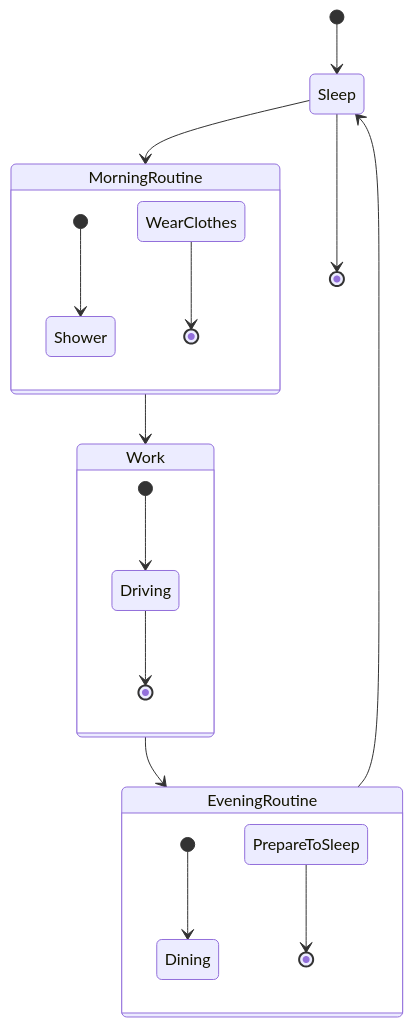
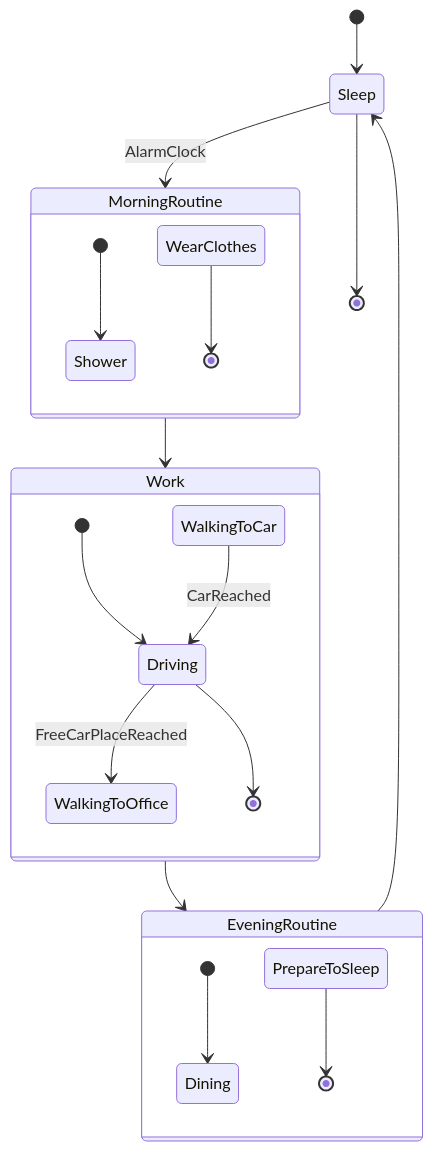
One commit to tsobako/elixir_courses changed the diagram in docs/task03.md. Above: the diagram before and after it, drawn with Mermaid.

Commit message:
Test of transitions

````diff
--- a/docs/task03.md
+++ b/docs/task03.md
@@ -3,26 +3,27 @@
 ```mermaid
 stateDiagram
     [*] --> Sleep
-    Sleep --> MorningRoutine
+    Sleep --> MorningRoutine : AlarmClock
     MorningRoutine --> Work
     Work --> EveningRoutine
     EveningRoutine --> Sleep
     Sleep --> [*]
 
     state MorningRoutine {
         [*] --> Shower
 
         WearClothes --> [*]
     }
     state Work {
         [*] --> Driving
+        Driving --> WalkingToOffice : FreeCarPlaceReached
 
-
+        WalkingToCar --> Driving : CarReached
         Driving --> [*]
      }
     state EveningRoutine {
         [*] --> Dining
 
         PrepareToSleep --> [*]
     }
 ```
````
